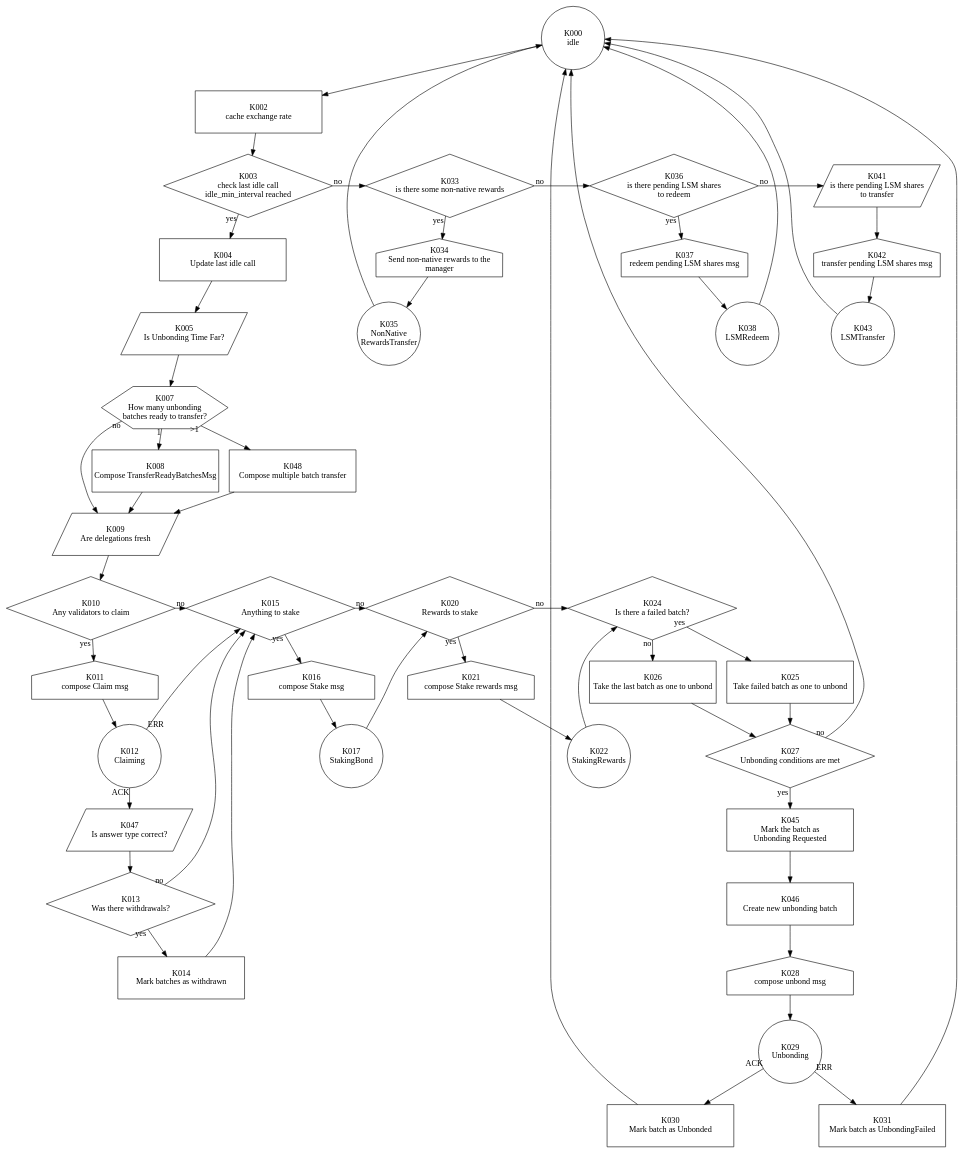
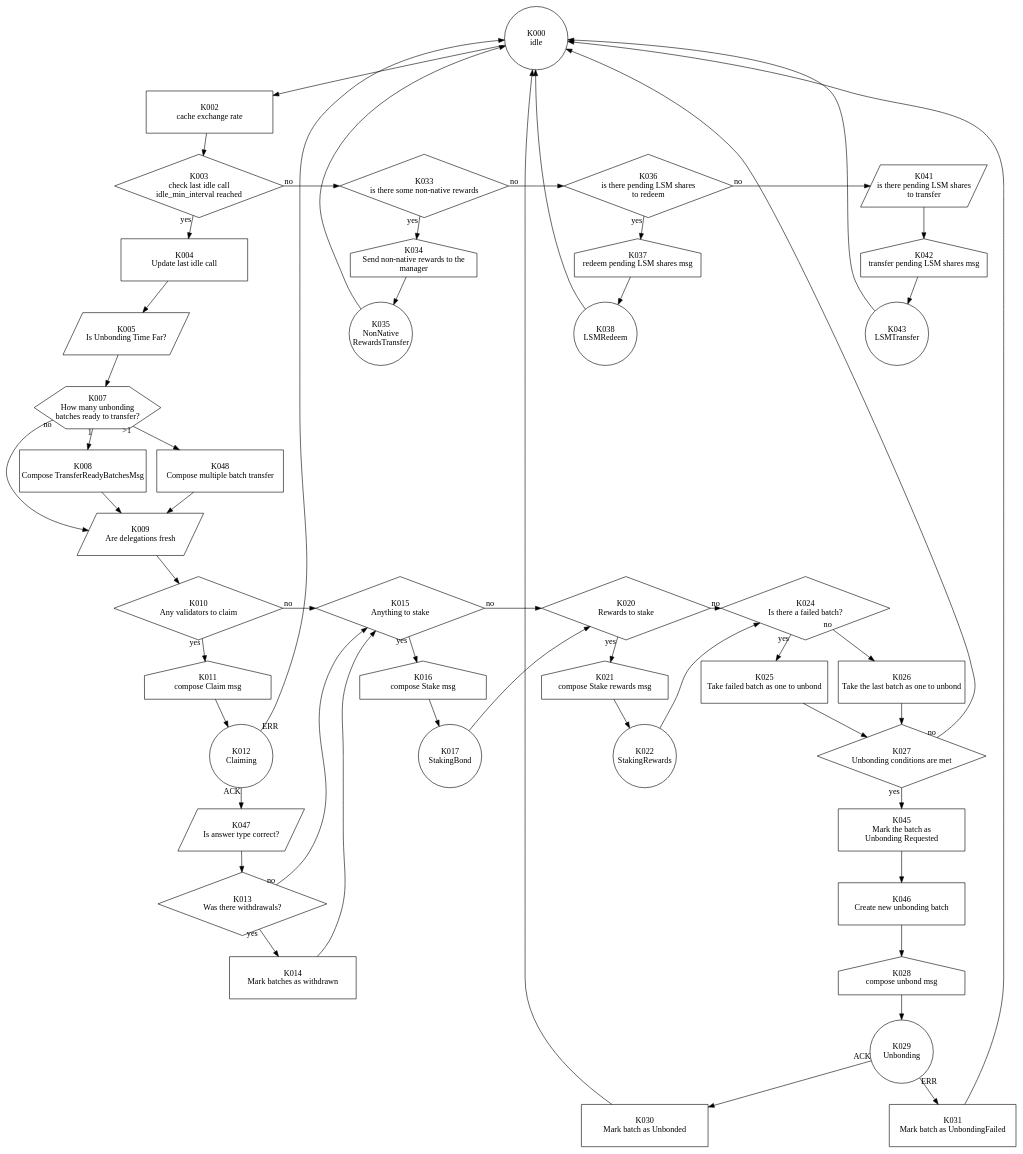
Before and after one commit to hadronlabs-org/drop-contracts: the diagram in graph.gv, drawn with Graphviz. The commit also changed 1 other file, not shown here.

Commit message:
feat: claiming error goes to idle

```diff
--- a/graph.gv
+++ b/graph.gv
@@ -1,231 +1,111 @@
 digraph G {
-    layout=dot;
-    rankdir=TB;
-
-    {
-        rank=same;
-        K000 [
-            label = "K000\nidle",
-            shape=circle, fixedsize=true, width=1.5, height=1.5
-        ];
+    layout = dot;
+    rankdir = TB;
+    
+    subgraph {
+        rank = same;
+        K000 [label = "K000\nidle";shape = circle;fixedsize = true;width = 1.5;height = 1.5;];
     }
-
-    {
-        rank=same;
-        K002 [
-            label = "K002\ncache exchange rate",
-            shape=box, fixedsize=true, width=3, height=1
-        ];
+    
+    subgraph {
+        rank = same;
+        K002 [label = "K002\ncache exchange rate";shape = box;fixedsize = true;width = 3;height = 1;];
     }
-
-    {
-        rank=same;
-        K003 [
-            label = "K003\ncheck last idle call\nidle_min_interval reached",
-            shape=diamond, fixedsize=true, width=4, height=1.5
-        ];
-        K033 [
-            label = "K033\nis there some non-native rewards",
-            shape=diamond, fixedsize=true, width=4, height=1.5
-        ];
-        K036 [
-            label = "K036\nis there pending LSM shares\nto redeem",
-            shape=diamond, fixedsize=true, width=4, height=1.5
-        ];
-        K041 [
-            label = "K041\nis there pending LSM shares\nto transfer",
-            shape=polygon, sides=4, skew=.4, fixedsize=true, width=3, height=1
-        ];
+    
+    subgraph {
+        rank = same;
+        K003 [label = "K003\ncheck last idle call\nidle_min_interval reached";shape = diamond;fixedsize = true;width = 4;height = 1.5;];
+        K033 [label = "K033\nis there some non-native rewards";shape = diamond;fixedsize = true;width = 4;height = 1.5;];
+        K036 [label = "K036\nis there pending LSM shares\nto redeem";shape = diamond;fixedsize = true;width = 4;height = 1.5;];
+        K041 [label = "K041\nis there pending LSM shares\nto transfer";shape = polygon;sides = 4;skew = .4;fixedsize = true;width = 3;height = 1;];
     }
-
-    {
-        rank=same;
-        K004 [
-            label = "K004\nUpdate last idle call",
-            shape=box, fixedsize=true, width=3, height=1
-        ];
-        K034 [
-            label = "K034\nSend non-native rewards to the\nmanager",
-            shape=house, fixedsize=true, width=3, height=1
-        ];
-        K037 [
-            label = "K037\nredeem pending LSM shares msg",
-            shape=house, fixedsize=true, width=3, height=1
-        ];
-        K042 [
-            label = "K042\ntransfer pending LSM shares msg",
-            shape=house, fixedsize=true, width=3, height=1
-        ];
+    
+    subgraph {
+        rank = same;
+        K004 [label = "K004\nUpdate last idle call";shape = box;fixedsize = true;width = 3;height = 1;];
+        K034 [label = "K034\nSend non-native rewards to the\nmanager";shape = house;fixedsize = true;width = 3;height = 1;];
+        K037 [label = "K037\nredeem pending LSM shares msg";shape = house;fixedsize = true;width = 3;height = 1;];
+        K042 [label = "K042\ntransfer pending LSM shares msg";shape = house;fixedsize = true;width = 3;height = 1;];
     }
-
-    {
-        rank=same;
-        K005 [
-            label = "K005\nIs Unbonding Time Far?",
-            shape=polygon, sides=4, skew=.4, fixedsize=true, width=3, height=1
-        ];
-        K035 [
-            label = "K035\nNonNative\nRewardsTransfer",
-            shape=circle, fixedsize=true, width=1.5, height=1.5
-        ];
-        K038 [
-            label = "K038\nLSMRedeem",
-            shape=circle, fixedsize=true, width=1.5, height=1.5
-        ];
-        K043 [
-            label = "K043\nLSMTransfer",
-            shape=circle, fixedsize=true, width=1.5, height=1.5
-        ];
+    
+    subgraph {
+        rank = same;
+        K005 [label = "K005\nIs Unbonding Time Far?";shape = polygon;sides = 4;skew = .4;fixedsize = true;width = 3;height = 1;];
+        K035 [label = "K035\nNonNative\nRewardsTransfer";shape = circle;fixedsize = true;width = 1.5;height = 1.5;];
+        K038 [label = "K038\nLSMRedeem";shape = circle;fixedsize = true;width = 1.5;height = 1.5;];
+        K043 [label = "K043\nLSMTransfer";shape = circle;fixedsize = true;width = 1.5;height = 1.5;];
     }
-
-    {
-        rank=same;
-        K007 [
-            label = "K007\nHow many unbonding\nbatches ready to transfer?",
-            shape=hexagon, fixedsize=true, width=3, height=1
-        ];
+    
+    subgraph {
+        rank = same;
+        K007 [label = "K007\nHow many unbonding\nbatches ready to transfer?";shape = hexagon;fixedsize = true;width = 3;height = 1;];
     }
-
-    {
-        rank=same;
-        K008 [
-            label = "K008\nCompose TransferReadyBatchesMsg",
-            shape=box, fixedsize=true, width=3, height=1
-        ];
-        K048 [
-            label = "K048\nCompose multiple batch transfer",
-            shape=box, fixedsize=true, width=3, height=1
-        ];
+    
+    subgraph {
+        rank = same;
+        K008 [label = "K008\nCompose TransferReadyBatchesMsg";shape = box;fixedsize = true;width = 3;height = 1;];
+        K048 [label = "K048\nCompose multiple batch transfer";shape = box;fixedsize = true;width = 3;height = 1;];
     }
-
-    {
-        rank=same;
-        K009 [
-            label = "K009\nAre delegations fresh",
-            shape=polygon, sides=4, skew=.4, fixedsize=true, width=3, height=1
-        ];
+    
+    subgraph {
+        rank = same;
+        K009 [label = "K009\nAre delegations fresh";shape = polygon;sides = 4;skew = .4;fixedsize = true;width = 3;height = 1;];
     }
-
-    {
-        rank=same;
-        K010 [
-            label = "K010\nAny validators to claim",
-            shape=diamond, fixedsize=true, width=4, height=1.5
-        ];
-        K015 [
-            label = "K015\nAnything to stake",
-            shape=diamond, fixedsize=true, width=4, height=1.5
-        ];
-        K020 [
-            label = "K020\nRewards to stake",
-            shape=diamond, fixedsize=true, width=4, height=1.5
-        ];
-        K024 [
-            label = "K024\nIs there a failed batch?",
-            shape=diamond, fixedsize=true, width=4, height=1.5
-        ];
+    
+    subgraph {
+        rank = same;
+        K010 [label = "K010\nAny validators to claim";shape = diamond;fixedsize = true;width = 4;height = 1.5;];
+        K015 [label = "K015\nAnything to stake";shape = diamond;fixedsize = true;width = 4;height = 1.5;];
+        K020 [label = "K020\nRewards to stake";shape = diamond;fixedsize = true;width = 4;height = 1.5;];
+        K024 [label = "K024\nIs there a failed batch?";shape = diamond;fixedsize = true;width = 4;height = 1.5;];
     }
-
-    {
-        rank=same;
-        K011 [
-            label = "K011\ncompose Claim msg",
-            shape=house, fixedsize=true, width=3, height=1
-        ];
-        K016 [
-            label = "K016\ncompose Stake msg",
-            shape=house, fixedsize=true, width=3, height=1
-        ];
-        K021 [
-            label = "K021\ncompose Stake rewards msg",
-            shape=house, fixedsize=true, width=3, height=1
-        ];
-        K025 [
-            label = "K025\nTake failed batch as one to unbond",
-            shape=box, fixedsize=true, width=3, height=1
-        ];
-        K026 [
-            label = "K026\nTake the last batch as one to unbond",
-            shape=box, fixedsize=true, width=3, height=1
-        ];
+    
+    subgraph {
+        rank = same;
+        K011 [label = "K011\ncompose Claim msg";shape = house;fixedsize = true;width = 3;height = 1;];
+        K016 [label = "K016\ncompose Stake msg";shape = house;fixedsize = true;width = 3;height = 1;];
+        K021 [label = "K021\ncompose Stake rewards msg";shape = house;fixedsize = true;width = 3;height = 1;];
+        K025 [label = "K025\nTake failed batch as one to unbond";shape = box;fixedsize = true;width = 3;height = 1;];
+        K026 [label = "K026\nTake the last batch as one to unbond";shape = box;fixedsize = true;width = 3;height = 1;];
     }
-
-    {
-        rank=same;
-        K012 [
-            label = "K012\nClaiming",
-            shape=circle, fixedsize=true, width=1.5, height=1.5
-        ];
-        K017 [
-            label = "K017\nStakingBond",
-            shape=circle, fixedsize=true, width=1.5, height=1.5
-        ];
-        K022 [
-            label = "K022\nStakingRewards",
-            shape=circle, fixedsize=true, width=1.5, height=1.5
-        ];
-        K027 [
-            label = "K027\nUnbonding conditions are met",
-            shape=diamond, fixedsize=true, width=4, height=1.5
-        ];
+    
+    subgraph {
+        rank = same;
+        K012 [label = "K012\nClaiming";shape = circle;fixedsize = true;width = 1.5;height = 1.5;];
+        K017 [label = "K017\nStakingBond";shape = circle;fixedsize = true;width = 1.5;height = 1.5;];
+        K022 [label = "K022\nStakingRewards";shape = circle;fixedsize = true;width = 1.5;height = 1.5;];
+        K027 [label = "K027\nUnbonding conditions are met";shape = diamond;fixedsize = true;width = 4;height = 1.5;];
     }
-
-    {
-        rank=same;
-        K047 [
-            label = "K047\nIs answer type correct?",
-            shape=polygon, sides=4, skew=.4, fixedsize=true, width=3, height=1
-        ];
-        K045 [
-            label = "K045\nMark the batch as\nUnbonding Requested",
-            shape=box, fixedsize=true, width=3, height=1
-        ];
+    
+    subgraph {
+        rank = same;
+        K047 [label = "K047\nIs answer type correct?";shape = polygon;sides = 4;skew = .4;fixedsize = true;width = 3;height = 1;];
+        K045 [label = "K045\nMark the batch as\nUnbonding Requested";shape = box;fixedsize = true;width = 3;height = 1;];
     }
-
-    {
-        rank=same;
-        K013 [
-            label = "K013\nWas there withdrawals?",
-            shape=diamond, fixedsize=true, width=4, height=1.5
-        ];
-        K046 [
-            label = "K046\nCreate new unbonding batch",
-            shape=box, fixedsize=true, width=3, height=1
-        ];
+    
+    subgraph {
+        rank = same;
+        K013 [label = "K013\nWas there withdrawals?";shape = diamond;fixedsize = true;width = 4;height = 1.5;];
+        K046 [label = "K046\nCreate new unbonding batch";shape = box;fixedsize = true;width = 3;height = 1;];
     }
-
-    {
-        rank=same;
-        K014 [
-            label = "K014\nMark batches as withdrawn",
-            shape=box, fixedsize=true, width=3, height=1
-        ];
-        K028 [
-            label = "K028\ncompose unbond msg",
-            shape=house, fixedsize=true, width=3, height=1
-        ];
+    
+    subgraph {
+        rank = same;
+        K014 [label = "K014\nMark batches as withdrawn";shape = box;fixedsize = true;width = 3;height = 1;];
+        K028 [label = "K028\ncompose unbond msg";shape = house;fixedsize = true;width = 3;height = 1;];
     }
-
-    {
-        rank=same;
-        K029 [
-            label = "K029\nUnbonding",
-            shape=circle, fixedsize=true, width=1.5, height=1.5
-        ];
+    
+    subgraph {
+        rank = same;
+        K029 [label = "K029\nUnbonding";shape = circle;fixedsize = true;width = 1.5;height = 1.5;];
     }
-
-    {
-        rank=same;
-        K030 [
-            label = "K030\nMark batch as Unbonded",
-            shape=box, fixedsize=true, width=3, height=1
-        ];
-        K031 [
-            label = "K031\nMark batch as UnbondingFailed",
-            shape=box, fixedsize=true, width=3, height=1
-        ];
+    
+    subgraph {
+        rank = same;
+        K030 [label = "K030\nMark batch as Unbonded";shape = box;fixedsize = true;width = 3;height = 1;];
+        K031 [label = "K031\nMark batch as UnbondingFailed";shape = box;fixedsize = true;width = 3;height = 1;];
     }
-
+    
     K000 -> K002;
     K002 -> K003;
     K003 -> K033 [taillabel = "no";];
@@ -238,59 +118,59 @@
     K036 -> K041 [taillabel = "no";];
     K041 -> K042;
     K042 -> K043;
-
+    
     K003 -> K004 [taillabel = "yes";];
     K004 -> K005;
     K005 -> K007;
-
+    
     K007 -> K008 [taillabel = "1";];
     K007 -> K048 [taillabel = ">1";];
     K007 -> K009 [taillabel = "no";];
-
+    
     K008 -> K009;
     K048 -> K009;
     
     K009 -> K010;
     K010 -> K015 [taillabel = "no";];
-
+    
     K015 -> K016 [taillabel = "yes";];
     K016 -> K017;
-
+    
     K015 -> K020 [taillabel = "no";];
     K020 -> K021 [taillabel = "yes";];
     K021 -> K022;
-
+    
     K020 -> K024 [taillabel = "no";];
     K024 -> K025 [taillabel = "yes";];
     K028 -> K029;
-
+    
     K024 -> K026 [taillabel = "no";];
     K010 -> K011 [taillabel = "yes";];
     K011 -> K012;
-
+    
     K038 -> K000;
     K043 -> K000;
     K035 -> K000;
-
+    
     K013 -> K014 [taillabel = "yes";];
     K013 -> K015 [taillabel = "no";];
-
+    
     K012 -> K047 [taillabel = "ACK";];
-    K012 -> K015 [taillabel = "ERR";];
+    K012 -> K000 [taillabel = "ERR";];
     K047 -> K013;
     K014 -> K015;
-
+    
     K017 -> K020;
     K022 -> K024;
-
+    
     K029 -> K030 [taillabel = "ACK";];
     K029 -> K031 [taillabel = "ERR";];
-
+    
     K030 -> K000;
     K031 -> K000;
     K025 -> K027;
     K026 -> K027;
-
+    
     K027 -> K045 [taillabel = "yes";];
     K027 -> K000 [taillabel = "no";];
     K045 -> K046;
```
